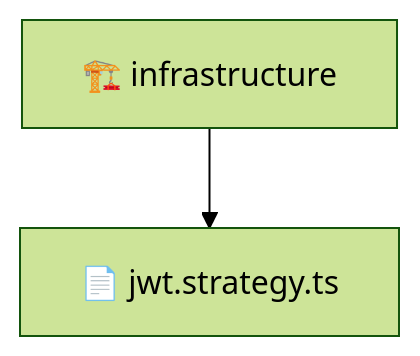
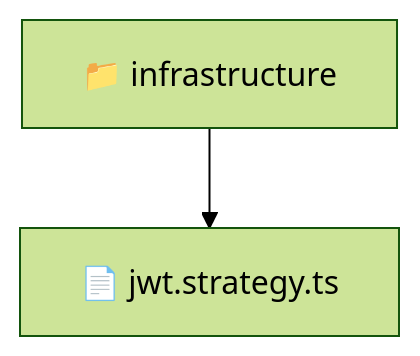
Before and after one commit to beginwebdev2002/fullstack-mavluda: the diagram in backend/src/modules/auth/infrastructure/README.md, drawn with Mermaid (forest theme). The commit also changed other lines of this file and 159 other files, not shown here.

````diff
--- a/backend/src/modules/auth/infrastructure/README.md
+++ b/backend/src/modules/auth/infrastructure/README.md
@@ -11,5 +9,5 @@
 ```mermaid
 graph TD
-  infrastructure["🏗️ infrastructure"]
-  infrastructure --> infrastructure_jwt_strategy_ts["📄 jwt.strategy.ts"]
+  Root["📁 infrastructure"]
+  Root --> jwt_strategy_ts["📄 jwt.strategy.ts"]
 ```
````
